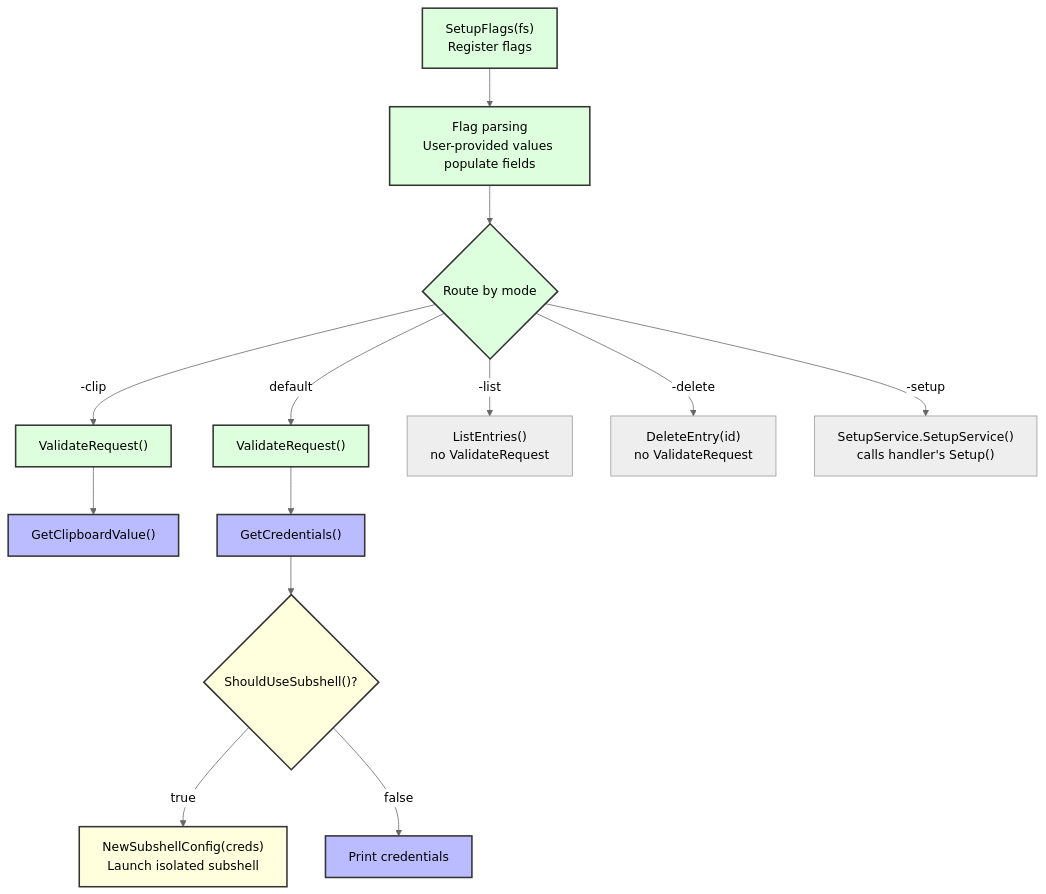
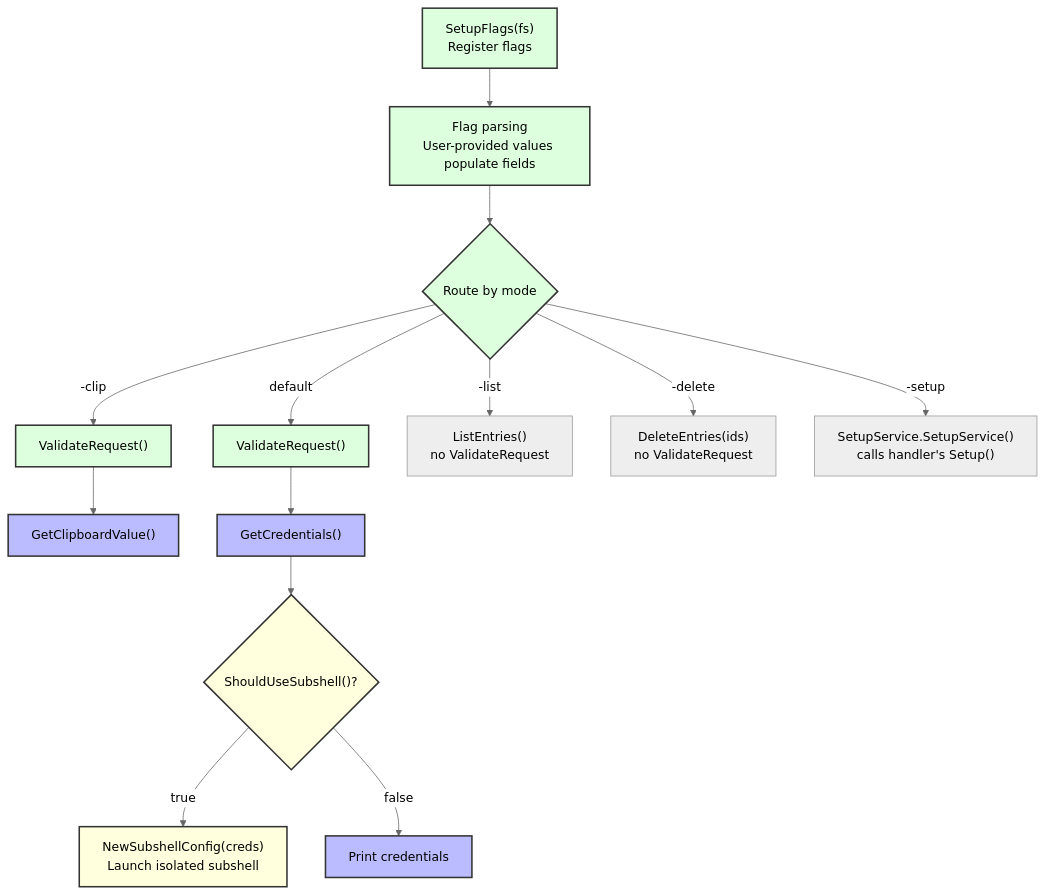
One commit to bashhack/sesh changed the diagram in docs/assets/provider-lifecycle.mermaid. Above: the diagram before and after it, drawn with Mermaid. The commit also changed 19 other files, not shown here.

```diff
--- a/docs/assets/provider-lifecycle.mermaid
+++ b/docs/assets/provider-lifecycle.mermaid
@@ -1,25 +1,25 @@
 %%{init: {'theme': 'neutral'}}%%
 flowchart TD
     classDef always fill:#dfd,stroke:#333,stroke-width:2px
     classDef mode fill:#bbf,stroke:#333,stroke-width:2px
     classDef optional fill:#ffd,stroke:#333,stroke-width:2px
     classDef skip fill:#eee,stroke:#999,stroke-width:1px
 
     SF["SetupFlags(fs)<br>Register flags"]:::always
     FP["Flag parsing<br>User-provided values populate fields"]:::always
 
     SF --> FP
     FP --> Route{"Route by mode"}:::always
 
     Route -->|"-clip"| VR1["ValidateRequest()"]:::always
     VR1 --> GCV["GetClipboardValue()"]:::mode
 
     Route -->|"default"| VR2["ValidateRequest()"]:::always
     VR2 --> GC["GetCredentials()"]:::mode
     GC --> Sub{"ShouldUseSubshell()?"}:::optional
     Sub -->|"true"| NSC["NewSubshellConfig(creds)<br>Launch isolated subshell"]:::optional
     Sub -->|"false"| Print["Print credentials"]:::mode
 
     Route -->|"-list"| LE["ListEntries()<br>no ValidateRequest"]:::skip
-    Route -->|"-delete"| DE["DeleteEntry(id)<br>no ValidateRequest"]:::skip
+    Route -->|"-delete"| DE["DeleteEntries(ids)<br>no ValidateRequest"]:::skip
     Route -->|"-setup"| Setup["SetupService.SetupService()<br>calls handler's Setup()"]:::skip
```
